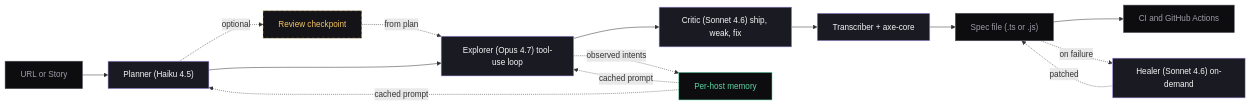
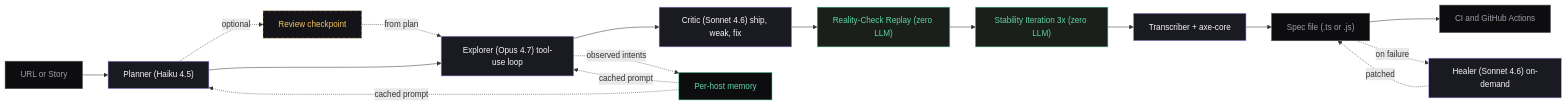
Before and after one commit to sardar-usman/qa-core-agent-openclaw: the diagram in README.md, drawn with Mermaid. The commit also changed other lines of this file and 37 other files, not shown here.

````diff
--- a/README.md
+++ b/README.md
@@ -76,33 +88,38 @@
 ```mermaid
 flowchart LR
     classDef stage fill:#1a1a22,stroke:#b9a6ff,color:#f5f5f7
+    classDef verify fill:#1a1f1a,stroke:#5dd5a4,color:#5dd5a4
     classDef optional fill:#131318,stroke:#f4c560,stroke-dasharray:5 5,color:#f4c560
     classDef io fill:#0d0d10,stroke:#5b5b66,color:#9d9da7
     classDef memory fill:#0d0d10,stroke:#5dd5a4,color:#5dd5a4
 
     URL["URL or Story"]:::io
     P["Planner (Haiku 4.5)"]:::stage
     REV["Review checkpoint"]:::optional
     E["Explorer (Opus 4.7) tool-use loop"]:::stage
     C["Critic (Sonnet 4.6) ship, weak, fix"]:::stage
+    R["Reality-Check Replay (zero LLM)"]:::verify
+    S["Stability Iteration 3x (zero LLM)"]:::verify
     T["Transcriber + axe-core"]:::stage
     H["Healer (Sonnet 4.6) on-demand"]:::stage
     SPEC["Spec file (.ts or .js)"]:::io
     CI["CI and GitHub Actions"]:::io
     MEM["Per-host memory"]:::memory
 
     URL --> P
     P -.->|optional| REV
     REV -.->|from plan| E
     P --> E
     E --> C
-    C --> T
+    C --> R
+    R --> S
+    S --> T
     T --> SPEC
     SPEC --> CI
     SPEC -.->|on failure| H
     H -.->|patched| SPEC
 
     MEM -.->|cached prompt| P
     MEM -.->|cached prompt| E
     E -.->|observed intents| MEM
 ```
````
